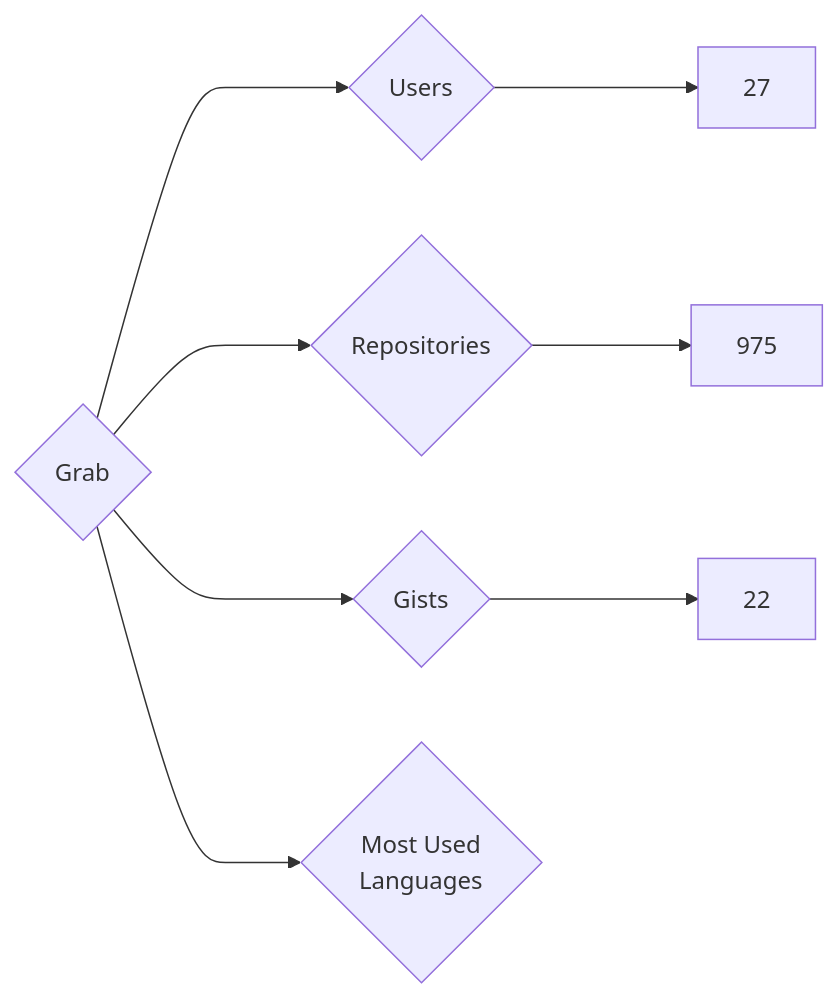
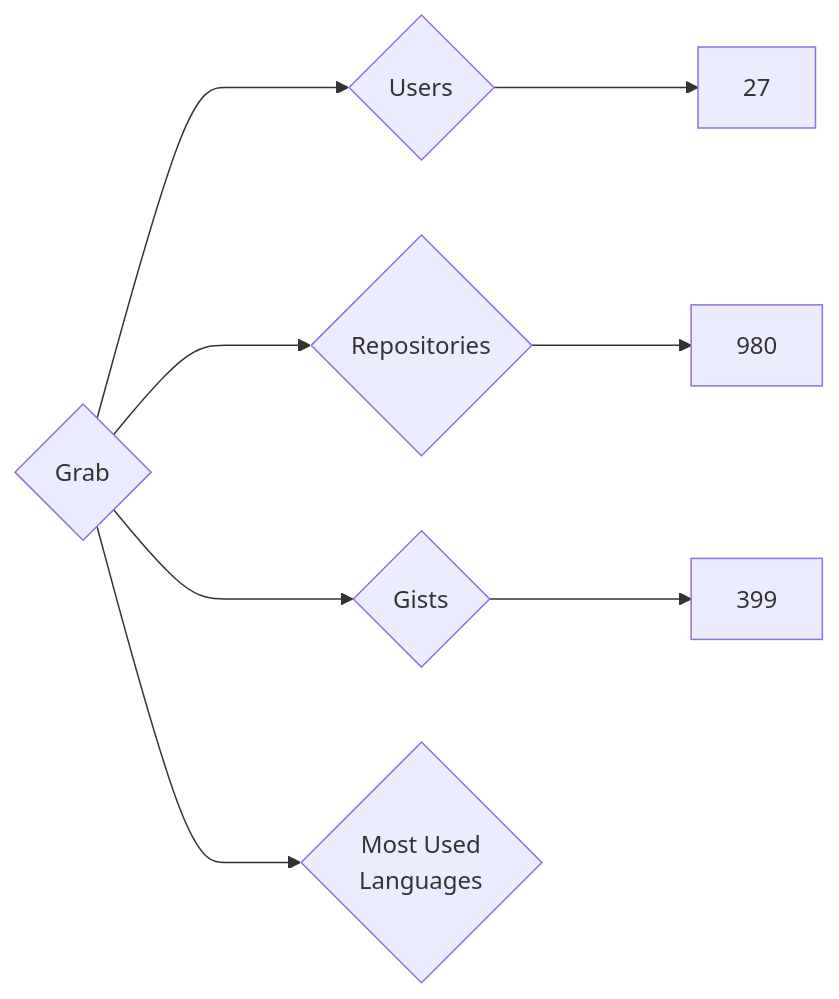
One commit to nenadzaric/insiders changed the diagram in targets/Grab/README.md. Above: the diagram before and after it, drawn with Mermaid. The commit also changed 1342 other files, not shown here.

````diff
--- a/targets/Grab/README.md
+++ b/targets/Grab/README.md
@@ -3,8 +3,8 @@
 ```mermaid
 graph LR
 COMPANY_NAME{Grab}
 COMPANY_NAME ---> U{Users} ---> UN[27]
-COMPANY_NAME ---> R{Repositories} ---> RN[975]
-COMPANY_NAME ---> G{Gists} ---> GN[22]
+COMPANY_NAME ---> R{Repositories} ---> RN[980]
+COMPANY_NAME ---> G{Gists} ---> GN[399]
 COMPANY_NAME ---> ML{Most Used<br>Languages}
 ```
````
